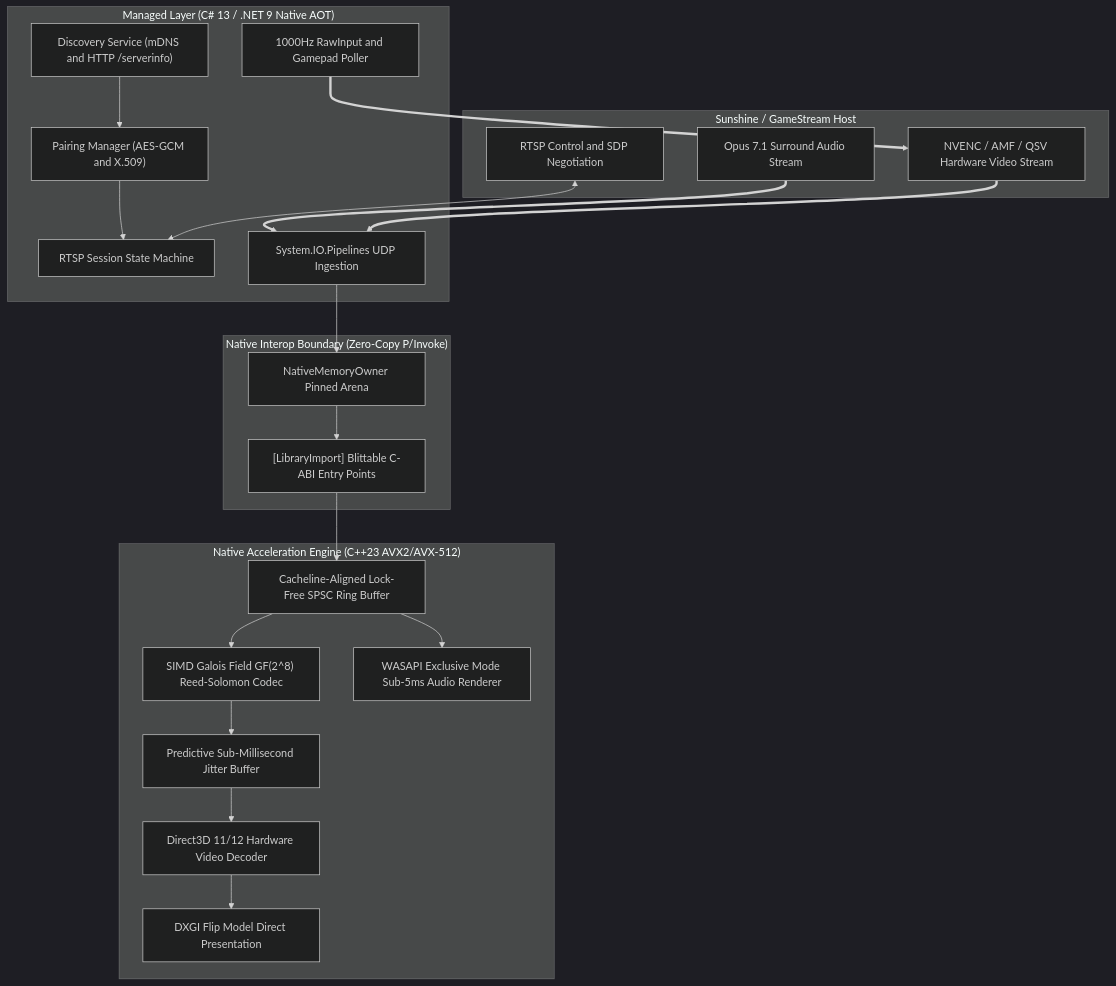
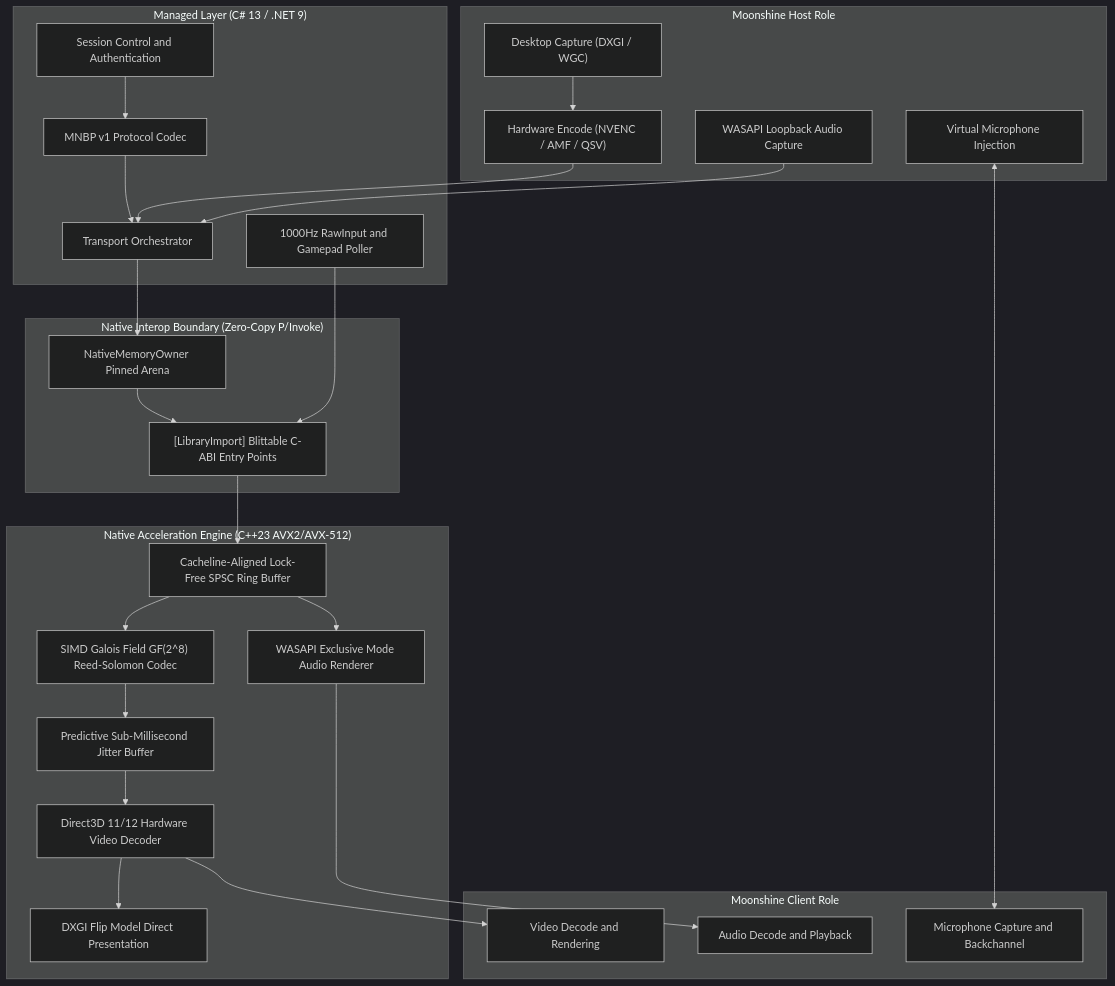
Before and after one commit to CodeGrogu/Moonshine: the diagram in wiki/Architecture-Overview.md, drawn with Mermaid (dark theme). The commit also changed other lines of this file and 38 other files, not shown here.

````diff
--- a/wiki/Architecture-Overview.md
+++ b/wiki/Architecture-Overview.md
@@ -5,41 +7,50 @@
 ```mermaid
 graph TD
-    subgraph Host ["Sunshine / GameStream Host"]
-        HostStream["NVENC / AMF / QSV Hardware Video Stream"]
-        HostAudio["Opus 7.1 Surround Audio Stream"]
-        HostRtsp["RTSP Control and SDP Negotiation"]
+    subgraph MoonshineHost ["Moonshine Host Role"]
+        HostCapture["Desktop Capture (DXGI / WGC)"]
+        HostEncode["Hardware Encode (NVENC / AMF / QSV)"]
+        HostAudio["WASAPI Loopback Audio Capture"]
+        HostMic["Virtual Microphone Injection"]
     end
 
-    subgraph MoonshineManaged ["Managed Layer (C# 13 / .NET 9 Native AOT)"]
-        Discovery["Discovery Service (mDNS and HTTP /serverinfo)"]
-        Pairing["Pairing Manager (AES-GCM and X.509)"]
-        RtspStateMachine["RTSP Session State Machine"]
-        UdpPipelines["System.IO.Pipelines UDP Ingestion"]
+    subgraph MoonshineManaged ["Managed Layer (C# 13 / .NET 9)"]
+        SessionControl["Session Control and Authentication"]
+        MNBPCodec["MNBP v1 Protocol Codec"]
+        TransportOrchestrator["Transport Orchestrator"]
         InputPoller["1000Hz RawInput and Gamepad Poller"]
     end
 
     subgraph NativeBridge ["Native Interop Boundary (Zero-Copy P/Invoke)"]
         InteropAPI["[LibraryImport] Blittable C-ABI Entry Points"]
         MemoryArena["NativeMemoryOwner Pinned Arena"]
     end
 
     subgraph MoonshineNative ["Native Acceleration Engine (C++23 AVX2/AVX-512)"]
         SPSCQueue["Cacheline-Aligned Lock-Free SPSC Ring Buffer"]
         FecEngine["SIMD Galois Field GF(2^8) Reed-Solomon Codec"]
         JitterReassembler["Predictive Sub-Millisecond Jitter Buffer"]
         D3DDecoder["Direct3D 11/12 Hardware Video Decoder"]
-        WasapiExclusive["WASAPI Exclusive Mode Sub-5ms Audio Renderer"]
+        WasapiExclusive["WASAPI Exclusive Mode Audio Renderer"]
         FlipPresent["DXGI Flip Model Direct Presentation"]
     end
 
-    HostRtsp <--> RtspStateMachine
-    HostStream ==> UdpPipelines
-    HostAudio ==> UdpPipelines
-    InputPoller ==> HostStream
+    subgraph MoonshineClient ["Moonshine Client Role"]
+        ClientRender["Video Decode and Rendering"]
+        ClientAudio["Audio Decode and Playback"]
+        ClientMic["Microphone Capture and Backchannel"]
+    end
 
-    Discovery --> Pairing --> RtspStateMachine
-    UdpPipelines --> MemoryArena --> InteropAPI
+    HostCapture --> HostEncode --> TransportOrchestrator
+    HostAudio --> TransportOrchestrator
+    SessionControl --> MNBPCodec --> TransportOrchestrator
+
+    TransportOrchestrator --> MemoryArena --> InteropAPI
+    InputPoller --> InteropAPI
     InteropAPI --> SPSCQueue
     SPSCQueue --> FecEngine --> JitterReassembler --> D3DDecoder --> FlipPresent
     SPSCQueue --> WasapiExclusive
+
+    D3DDecoder --> ClientRender
+    WasapiExclusive --> ClientAudio
+    HostMic <--> ClientMic
 ```
````
